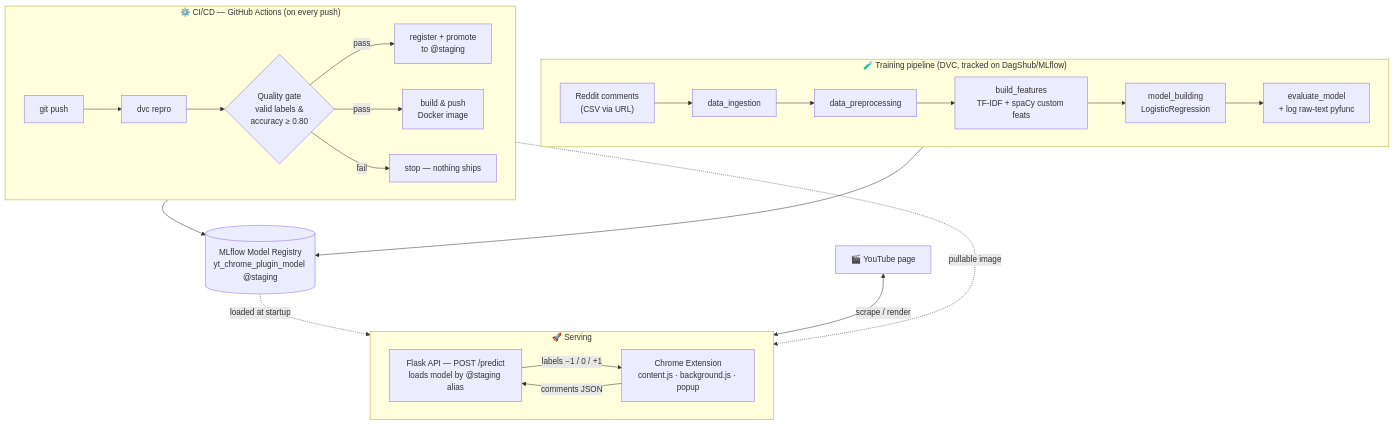
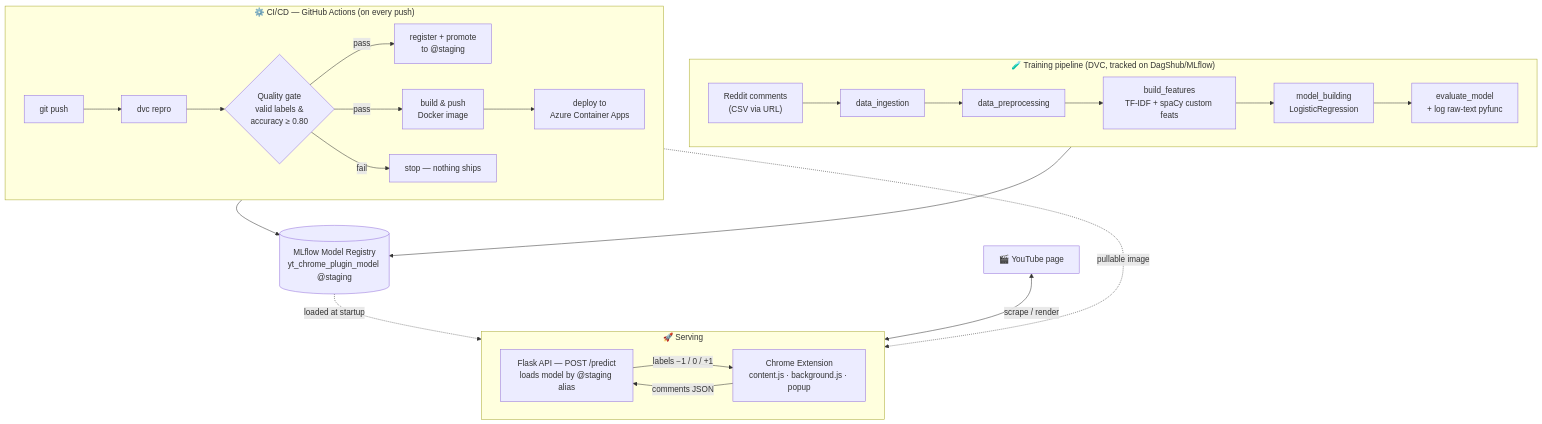
Before and after one commit to Roy7721/yt_comment_analysis: the diagram in README.md, drawn with Mermaid. The commit also changed other lines of this file, not shown here.

Commit message:
README: document live Azure deployment and CI/CD pipeline

````diff
--- a/README.md
+++ b/README.md
@@ -60,35 +82,35 @@
 ```mermaid
 flowchart TB
     subgraph TRAIN["🧪 Training pipeline (DVC, tracked on DagShub/MLflow)"]
         direction LR
         RAW["Reddit comments<br/>(CSV via URL)"] --> ING["data_ingestion"]
         ING --> PRE["data_preprocessing"]
         PRE --> FE["build_features<br/>TF-IDF + spaCy custom feats"]
         FE --> MB["model_building<br/>LogisticRegression"]
         MB --> EV["evaluate_model<br/>+ log raw-text pyfunc"]
     end
 
     subgraph CICD["⚙️ CI/CD — GitHub Actions (on every push)"]
         direction LR
         P["git push"] --> R["dvc repro"] --> G{"Quality gate<br/>valid labels &<br/>accuracy ≥ 0.80"}
         G -->|pass| PR["register + promote<br/>to @staging"]
-        G -->|pass| DK["build & push<br/>Docker image"]
+        G -->|pass| DK["build & push<br/>Docker image"] --> AZ["deploy to<br/>Azure Container Apps"]
         G -->|fail| X["stop — nothing ships"]
     end
 
     REG[("MLflow Model Registry<br/>yt_chrome_plugin_model @staging")]
     EV --> REG
     PR --> REG
 
     subgraph SERVE["🚀 Serving"]
         direction LR
         API["Flask API — POST /predict<br/>loads model by @staging alias"]
         PLUGIN["Chrome Extension<br/>content.js · background.js · popup"]
         PLUGIN -->|comments JSON| API
         API -->|labels −1 / 0 / +1| PLUGIN
     end
 
     REG -.->|loaded at startup| API
     YT["🎬 YouTube page"] <-->|scrape / render| PLUGIN
     DK -.->|pullable image| API
 ```
````
